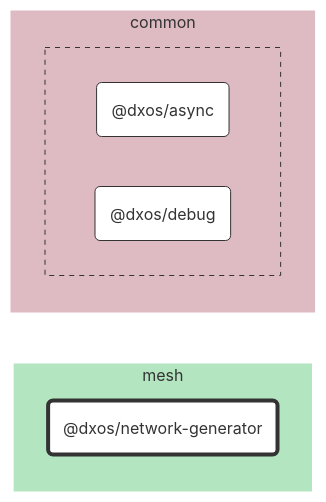
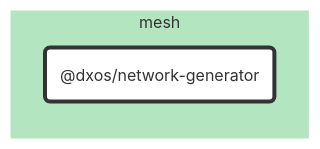
One commit to dxos/dxos changed the diagram in packages/mesh/network-generator/docs/README.md. Above: the diagram before and after it, drawn with Mermaid. The commit also changed 84 other files, not shown here.

````diff
--- a/packages/mesh/network-generator/docs/README.md
+++ b/packages/mesh/network-generator/docs/README.md
@@ -7,41 +7,20 @@
 ```mermaid
 %%{ init: {'flowchart':{'curve':'basis'}} }%%
 
 flowchart LR
 
-%% Links
+%% Classes
+classDef default fill:#fff,stroke:#333,stroke-width:1px
+classDef root fill:#fff,stroke:#333,stroke-width:4px
 
-%% Sections
-subgraph mesh
-  style mesh fill:#b3e6c0,stroke:#fff;
+%% Nodes
 
-  dxos/network-generator("@dxos/network-generator")
+subgraph mesh [mesh]
+  style mesh fill:#b3e6c0,stroke:#fff
+  dxos/network-generator("@dxos/network-generator"):::root
+  click dxos/network-generator "dxos/dxos/tree/main/packages/mesh/network-generator/docs"
 end
 
-subgraph common
-  style common fill:#debac2,stroke:#fff;
-
-
-  subgraph common-excluded [ ]
-    style common-excluded fill:#debac2,stroke:#333,stroke-dasharray:5 5;
-
-    dxos/async("@dxos/async")
-    dxos/debug("@dxos/debug")
-  end
-end
-
-
-%% Hyperlinks
-click dxos/async "dxos/dxos/tree/main/packages/common/async/docs";
-click dxos/debug "dxos/dxos/tree/main/packages/common/debug/docs";
-
-%% Styles
-classDef rootNode fill:#fff,stroke:#333,stroke-width:4px
-classDef defaultNode fill:#fff,stroke:#333,stroke-width:1px
+%% Links
 linkStyle default stroke:#333,stroke-width:1px
-
-dxos/network-generator:::rootNode
-
-dxos/async:::defaultNode
-dxos/debug:::defaultNode
 ```
````
